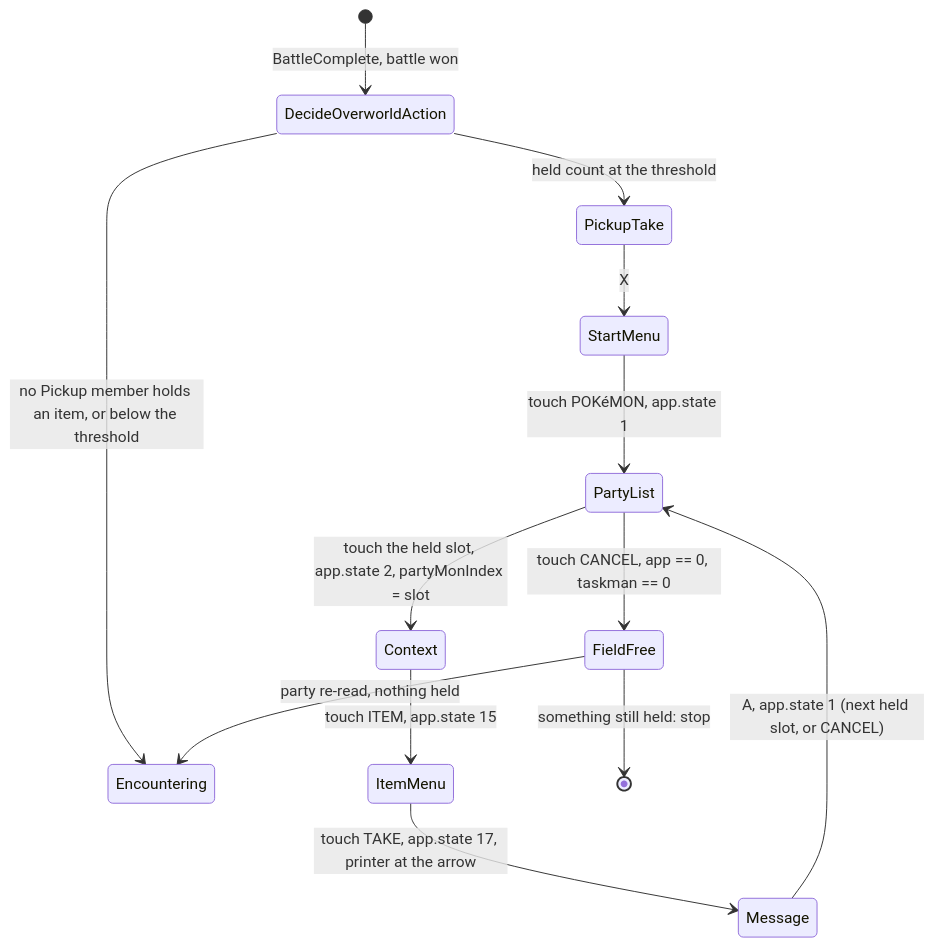
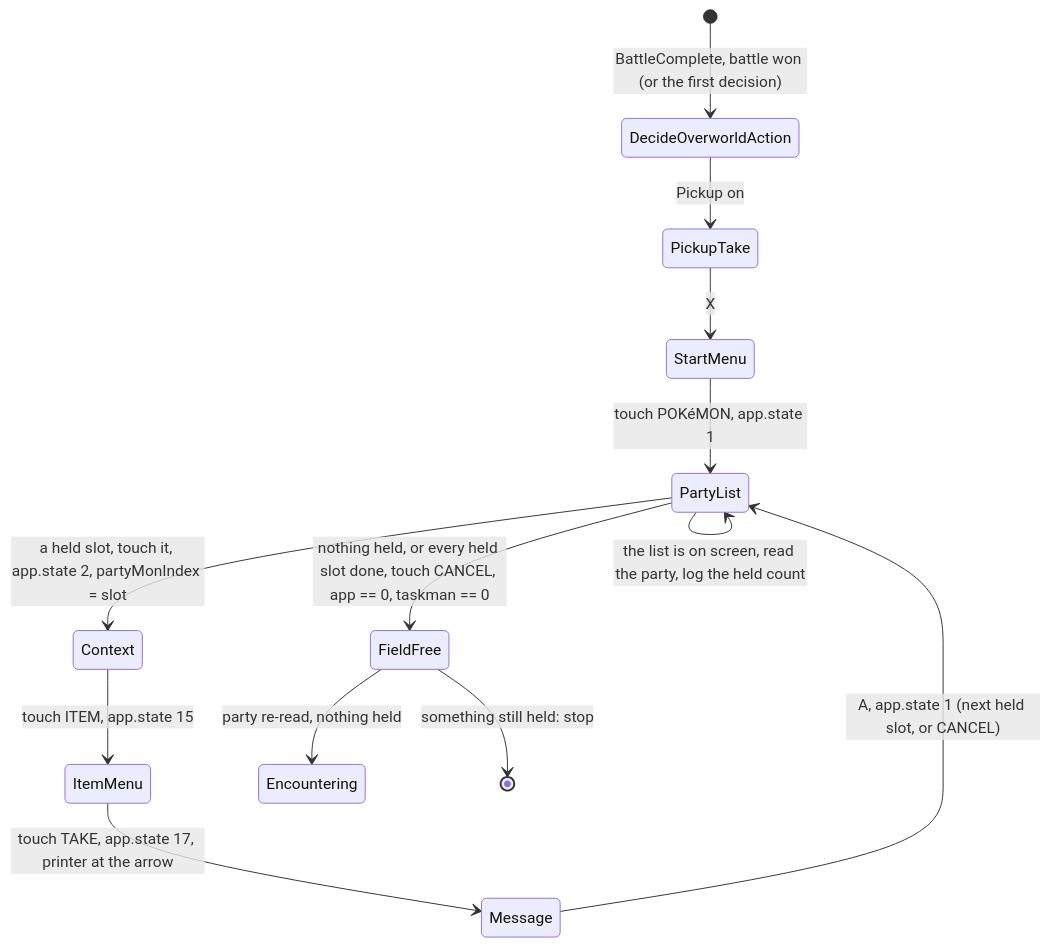
The diagram in docs/specs/pickup-mode.md (ppicinic/ShinyBotHunter), drawn with Mermaid before and after one commit. The commit also changed other lines of this file and 1 other file, not shown here.

First line of the commit message:
Pickup spec: look after every won battle, decide with the party list on screen (owner's rule, 2026-11-09)

````diff
--- a/docs/specs/pickup-mode.md
+++ b/docs/specs/pickup-mode.md
@@ -55,15 +55,15 @@
 ```mermaid
 stateDiagram-v2
-  [*] --> DecideOverworldAction: BattleComplete, battle won
-  DecideOverworldAction --> Encountering: no Pickup member holds an item, or below the threshold
-  DecideOverworldAction --> PickupTake: held count at the threshold
+  [*] --> DecideOverworldAction: BattleComplete, battle won (or the first decision)
+  DecideOverworldAction --> PickupTake: Pickup on
   PickupTake --> StartMenu: X
   StartMenu --> PartyList: touch POKéMON, app.state 1
-  PartyList --> Context: touch the held slot, app.state 2, partyMonIndex = slot
+  PartyList --> PartyList: the list is on screen, read the party, log the held count
+  PartyList --> Context: a held slot, touch it, app.state 2, partyMonIndex = slot
   Context --> ItemMenu: touch ITEM, app.state 15
   ItemMenu --> Message: touch TAKE, app.state 17, printer at the arrow
   Message --> PartyList: A, app.state 1 (next held slot, or CANCEL)
-  PartyList --> FieldFree: touch CANCEL, app == 0, taskman == 0
+  PartyList --> FieldFree: nothing held, or every held slot done, touch CANCEL, app == 0, taskman == 0
   FieldFree --> Encountering: party re-read, nothing held
   FieldFree --> [*]: something still held: stop
 ```
````
